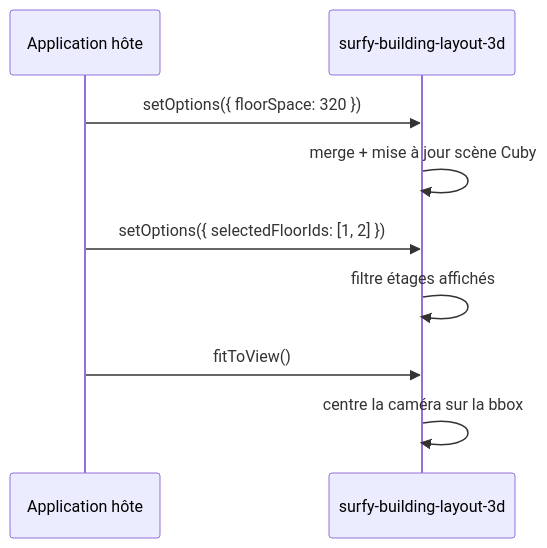
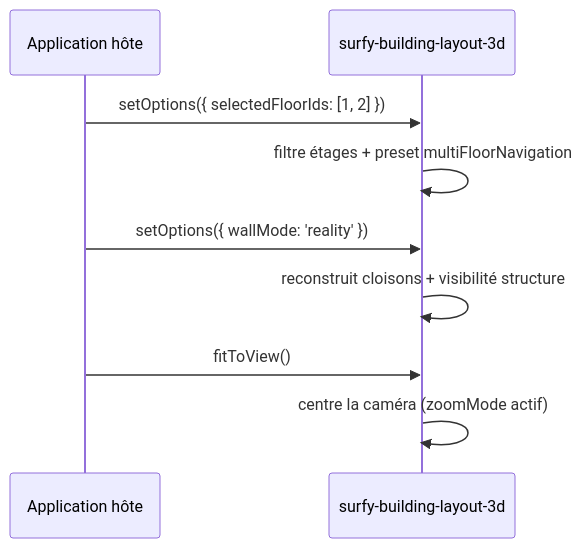
One commit to surfypro/surfy-help changed the diagram in entities/sdk/options-3d.md. Above: the diagram before and after it, drawn with Mermaid. The commit also changed other lines of this file and 8 other files, not shown here.

````diff
--- a/entities/sdk/options-3d.md
+++ b/entities/sdk/options-3d.md
@@ -70,12 +105,12 @@
 ```mermaid
 sequenceDiagram
   participant App as Application hôte
   participant B3 as surfy-building-layout-3d
 
-  App->>B3: setOptions({ floorSpace: 320 })
-  B3->>B3: merge + mise à jour scène Cuby
   App->>B3: setOptions({ selectedFloorIds: [1, 2] })
-  B3->>B3: filtre étages affichés
+  B3->>B3: filtre étages + preset multiFloorNavigation
+  App->>B3: setOptions({ wallMode: 'reality' })
+  B3->>B3: reconstruit cloisons + visibilité structure
   App->>B3: fitToView()
-  B3->>B3: centre la caméra sur la bbox
+  B3->>B3: centre la caméra (zoomMode actif)
 ```
````
